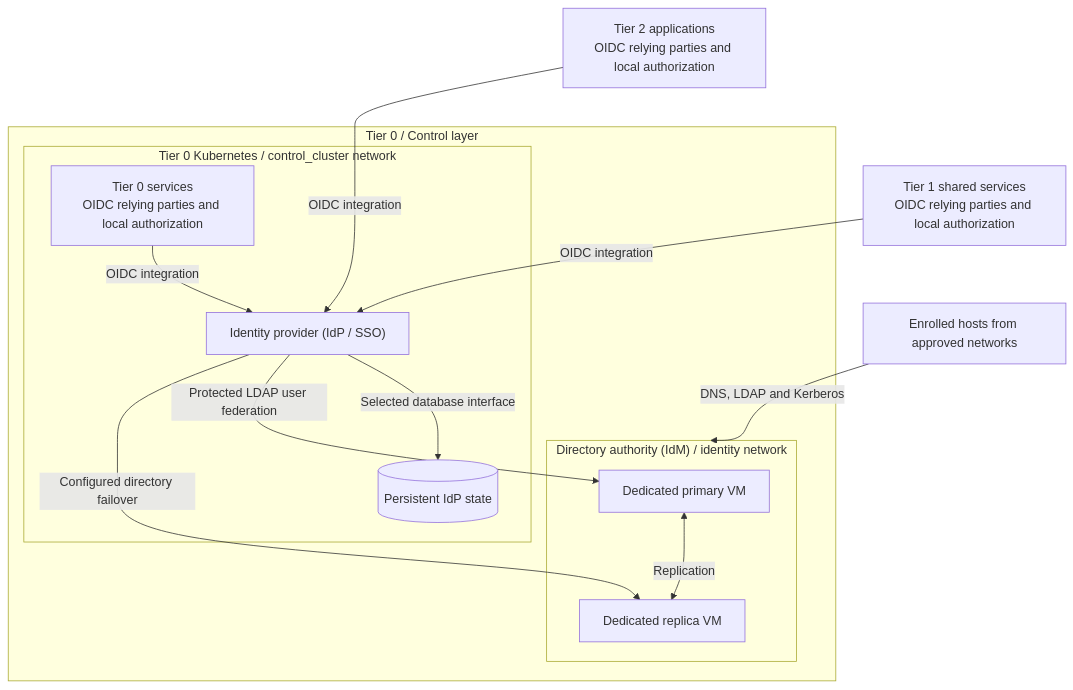
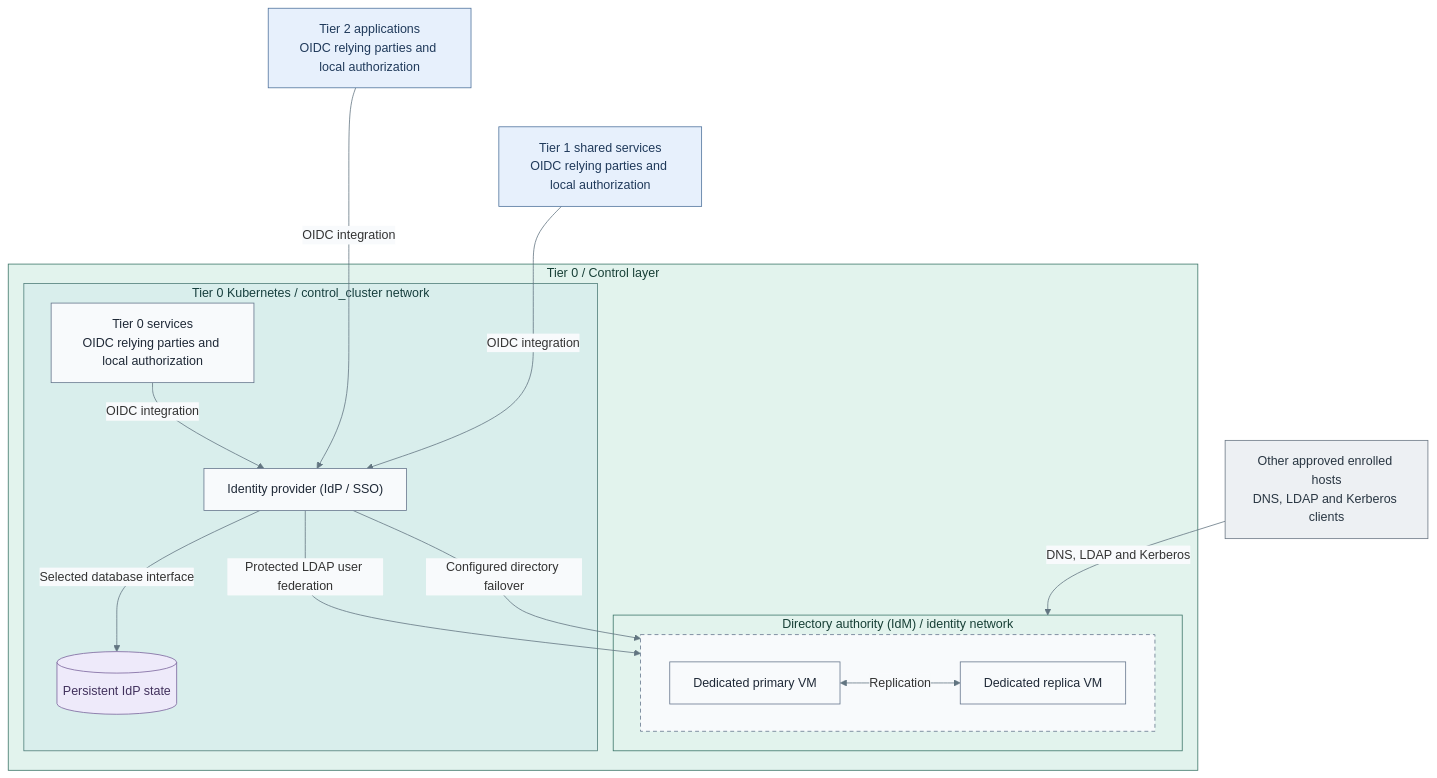
Before and after one commit to Rexus/homelab: the diagram in docs/architecture/identity/README.md, drawn with Mermaid. The commit also changed 49 other files, not shown here.

Commit message:
docs(diagrams): clarify tier layouts and visual styles

````diff
--- a/docs/architecture/identity/README.md
+++ b/docs/architecture/identity/README.md
@@ -42,24 +42,44 @@
 ```mermaid
+%%{init: {"theme":"base","themeVariables":{"lineColor":"#627581","edgeLabelBackground":"#f8fafc"}}}%%
 flowchart TB
+  Hosts["Other approved enrolled hosts<br/>DNS, LDAP and Kerberos clients"]
   T2["Tier 2 applications<br/>OIDC relying parties and local authorization"]
   T1["Tier 1 shared services<br/>OIDC relying parties and local authorization"]
   T2 ~~~ T1
   subgraph T0["Tier 0 / Control layer"]
+    subgraph Directory["Directory authority (IdM) / identity network"]
+      subgraph DirectoryPair[" "]
+        direction LR
+        Primary["Dedicated primary VM"] <-->|Replication| Replica["Dedicated replica VM"]
+      end
+    end
     subgraph Cluster["Tier 0 Kubernetes / control_cluster network"]
+      Services["Tier 0 services<br/>OIDC relying parties and local authorization"]
       IdP["Identity provider (IdP / SSO)"]
       Data[("Persistent IdP state")]
-      Services["Tier 0 services<br/>OIDC relying parties and local authorization"]
       Services -->|OIDC integration| IdP
       IdP -->|Selected database interface| Data
-    end
-    subgraph Directory["Directory authority (IdM) / identity network"]
-      Primary["Dedicated primary VM"] <-->|Replication| Replica["Dedicated replica VM"]
     end
     IdP -->|Protected LDAP user federation| Primary
     IdP -->|Configured directory failover| Replica
   end
-  T1 ~~~ T0
+  %% Anchor both inner groups below Tier 1; cross-boundary links must not lift it beside Tier 0.
+  T1 ~~~ Services
+  T1 ~~~ Primary
   T2 -->|OIDC integration| IdP
   T1 -->|OIDC integration| IdP
-  Hosts["Enrolled hosts from approved networks"] -->|DNS, LDAP and Kerberos| Directory
+  Hosts -->|DNS, LDAP and Kerberos| Directory
+  classDef default fill:#f8fafc,stroke:#64748b,color:#1f2937
+  classDef services fill:#e7f0fc,stroke:#4d719b,color:#203a5b
+  classDef control fill:#e2f3ed,stroke:#397366,color:#173f36
+  classDef runtime fill:#d9eeec,stroke:#4d7b77,color:#173f3e
+  classDef replicas fill:#f8fafc,stroke:#64748b,color:#1f2937,stroke-dasharray:5 4
+  classDef data fill:#eeeafa,stroke:#78639b,color:#42325d
+  classDef actor fill:#edf0f3,stroke:#697682,color:#293642
+  class T2,T1 services
+  class T0,Directory control
+  class Cluster runtime
+  class DirectoryPair replicas
+  class Data data
+  class Hosts actor
 ```
````
